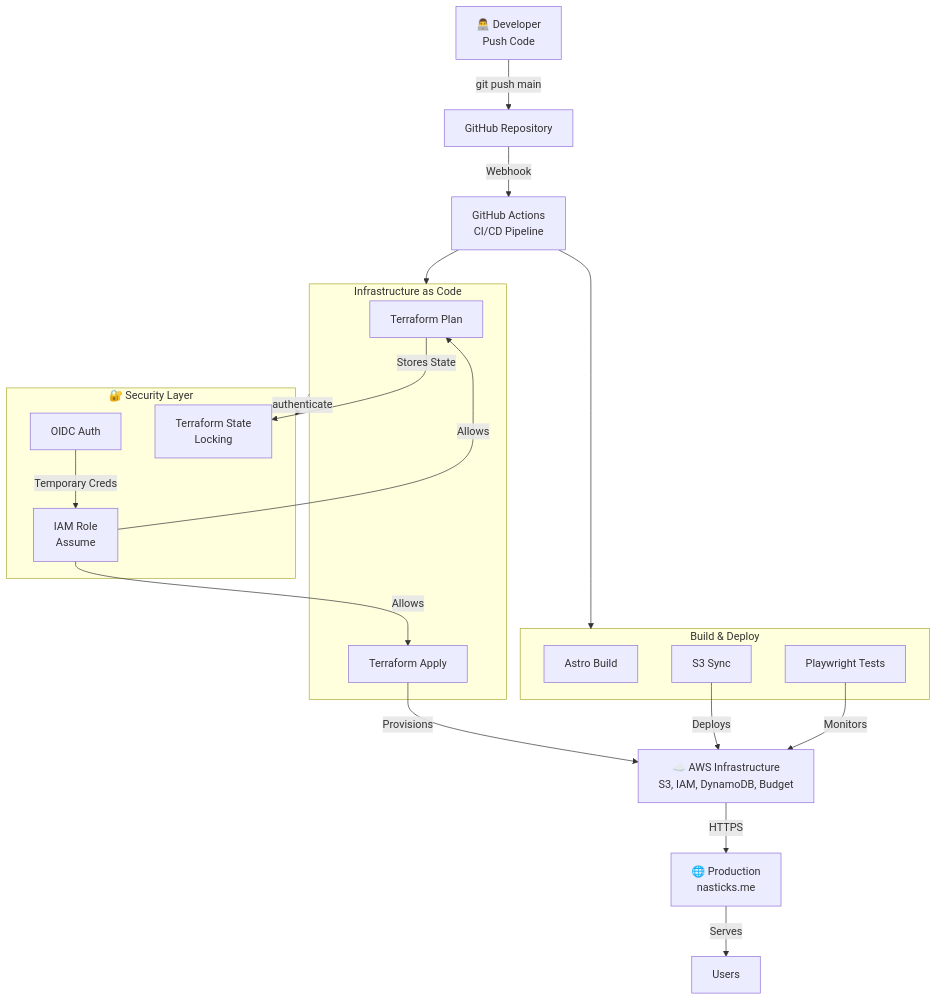
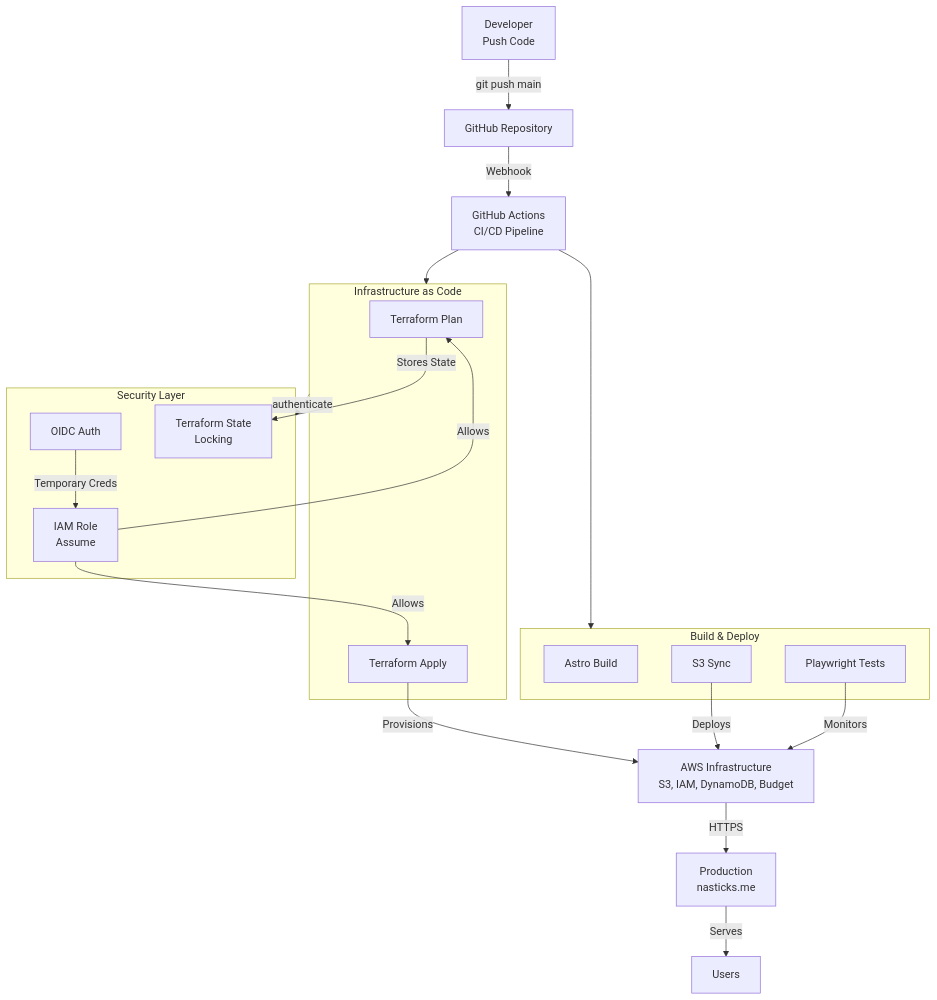
Before and after one commit to Nasticks/docs-nasticks: the diagram in blog/devops-cloud/portfolio-devops-zero-cost.mdx, drawn with Mermaid. The commit also changed other lines of this file and 11 other files, not shown here.

````diff
--- a/blog/devops-cloud/portfolio-devops-zero-cost.mdx
+++ b/blog/devops-cloud/portfolio-devops-zero-cost.mdx
@@ -97,38 +98,38 @@
 ```mermaid
 graph TD
-    A["👨‍💻 Developer<br/>Push Code"] -->|git push main| B["GitHub Repository"]
+    A["Developer<br/>Push Code"] -->|git push main| B["GitHub Repository"]
     B -->|Webhook| C["GitHub Actions<br/>CI/CD Pipeline"]
     
     subgraph IaC["Infrastructure as Code"]
         D["Terraform Plan"]
         E["Terraform Apply"]
     end
     
     subgraph Build["Build & Deploy"]
         F["Astro Build"]
         G["S3 Sync"]
         H["Playwright Tests"]
     end
     
-    subgraph Security["🔐 Security Layer"]
+    subgraph Security["Security Layer"]
         I["OIDC Auth"]
         J["Terraform State<br/>Locking"]
         K["IAM Role<br/>Assume"]
     end
     
     C --> IaC
     C --> Build
     IaC -.->|authenticate| Security
     
     I -->|Temporary Creds| K
     K -->|Allows| D
     K -->|Allows| E
     D -->|Stores State| J
     
-    E -->|Provisions| AWS["☁️ AWS Infrastructure<br/>S3, IAM, DynamoDB, Budget"]
+    E -->|Provisions| AWS["AWS Infrastructure<br/>S3, IAM, DynamoDB, Budget"]
     G -->|Deploys| AWS
     H -->|Monitors| AWS
     
-    AWS -->|HTTPS| Website["🌐 Production<br/>nasticks.me"]
+    AWS -->|HTTPS| Website["Production<br/>nasticks.me"]
     Website -->|Serves| Users["Users"]
 ```
````
